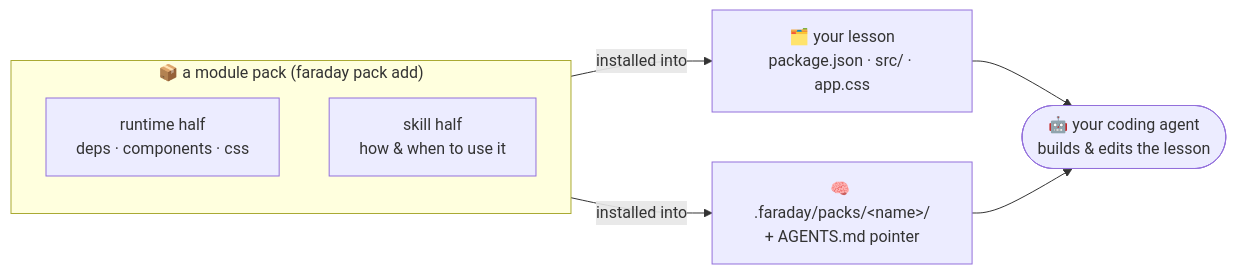
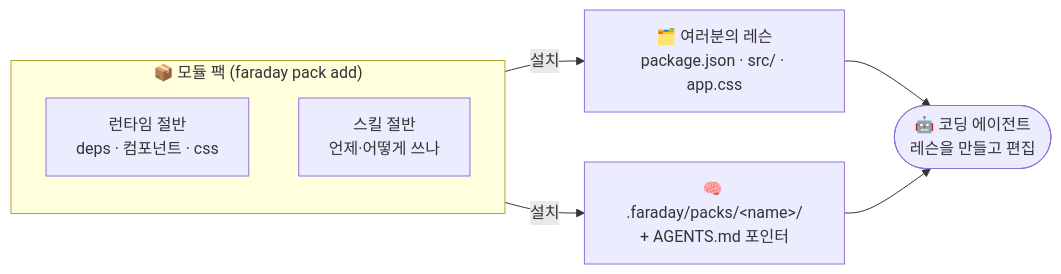
One commit to ssota-labs/faraday-edu changed the second of 2 diagrams in README.md. Above: the diagram before and after it, drawn with Mermaid. The commit also changed other lines of this file and 3 other files, not shown here.

````diff
--- a/README.md
+++ b/README.md
@@ -396,12 +401,12 @@
 ```mermaid
 flowchart LR
-    subgraph Pack["📦 a module pack (faraday pack add)"]
+    subgraph Pack["📦 모듈 팩 (faraday pack add)"]
         direction TB
-        RT["runtime half<br/>deps · components · css"]
-        SK["skill half<br/>how &amp; when to use it"]
+        RT["런타임 절반<br/>deps · 컴포넌트 · css"]
+        SK["스킬 절반<br/>언제·어떻게 쓰나"]
     end
-    RT -->|installed into| Lesson["🗂️ your lesson<br/>package.json · src/ · app.css"]
-    SK -->|installed into| Dot["🧠 .faraday/packs/&lt;name&gt;/<br/>+ AGENTS.md pointer"]
-    Lesson --> Agent(["🤖 your coding agent<br/>builds &amp; edits the lesson"])
+    RT -->|설치| Lesson["🗂️ 여러분의 레슨<br/>package.json · src/ · app.css"]
+    SK -->|설치| Dot["🧠 .faraday/packs/&lt;name&gt;/<br/>+ AGENTS.md 포인터"]
+    Lesson --> Agent(["🤖 코딩 에이전트<br/>레슨을 만들고 편집"])
     Dot --> Agent
 ```
````
